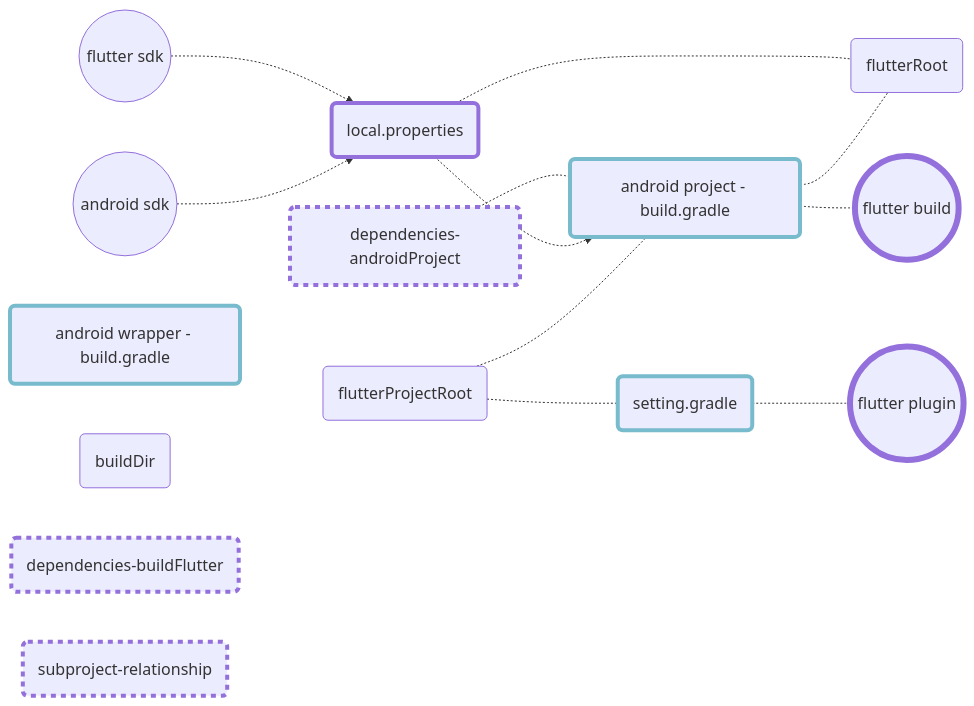
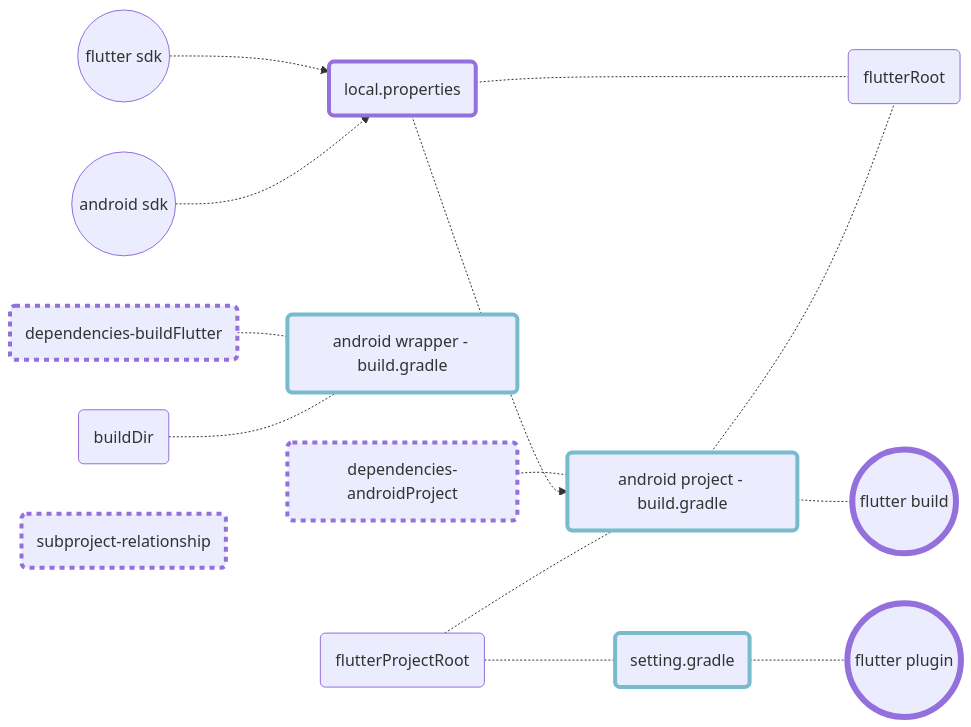
One commit to gordianknotC/nxp_note changed the second of 3 diagrams in flutter/addAndroidProjIntoFlutter.md. Above: the diagram before and after it, drawn with Mermaid. The commit also changed other lines of this file, not shown here.

````diff
--- a/flutter/addAndroidProjIntoFlutter.md
+++ b/flutter/addAndroidProjIntoFlutter.md
@@ -241,42 +241,44 @@
 ```mermaid
 graph LR
 	fdk((flutter sdk))
 	adk((android sdk))
 	
 	fbuild((flutter build))
 	fpgn((flutter plugin))
 	style fbuild stroke-width:6px   
 	style fpgn stroke-width:6px 
 	
 	loc(local.properties)
 	style loc stroke-width:4px   
 	
 	set(setting.gradle)
 	b1(android wrapper - build.gradle)
 	b2(android project - build.gradle)
 	style b1 stroke-width:4px, stroke:#7bc
 	style b2 stroke-width:4px, stroke:#7bc
 	style set stroke-width:4px, stroke:#7bc
 
 	dfr(flutterRoot)
 	dfp(flutterProjectRoot)
 	dfb(buildDir)
 	
 	dandroid(dependencies-androidProject)
 	dflutter(dependencies-buildFlutter)
 	dsub(subproject-relationship)
 	style dandroid stroke-width:4px, stroke-dasharray: 5
 	style dflutter stroke-width:4px, stroke-dasharray: 5
 	style dsub stroke-width:4px, stroke-dasharray: 5
 	
 	dandroid -.- b2
+	dflutter -.- b1
+	dfb -.- b1
 	fdk -.-> loc
 	adk -.-> loc
 	loc -.-> b2
 	loc -.- dfr
 	b2 -.- dfr
 	dfp -.- b2
 	dfp -.- set
 	set -.- fpgn
 	b2 -.- fbuild
 ```
````
